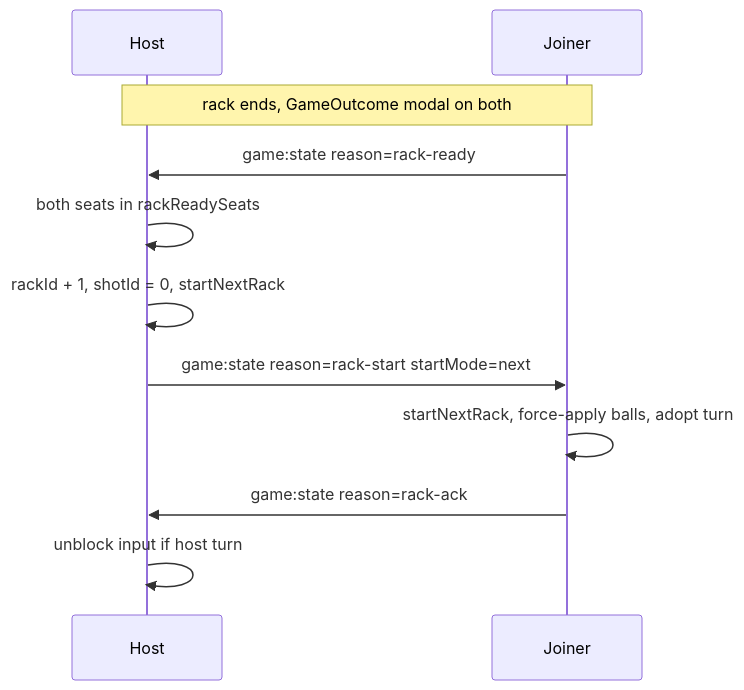
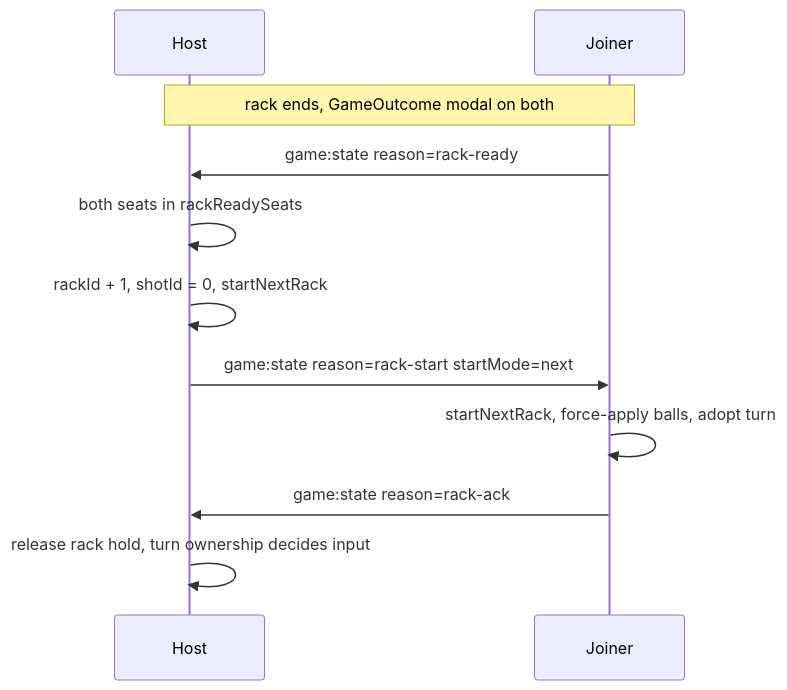
The sixth of 11 diagrams in trainer/multiplayer/sync-flows.mdx (chalkysticks/docs), drawn with Mermaid before and after one commit. The commit also changed other lines of this file and 6 other files, not shown here.

````diff
--- a/trainer/multiplayer/sync-flows.mdx
+++ b/trainer/multiplayer/sync-flows.mdx
@@ -163,13 +163,13 @@
 ```mermaid
 sequenceDiagram
     participant H as Host
     participant J as Joiner
     Note over H,J: rack ends, GameOutcome modal on both
     J->>H: game:state reason=rack-ready
     H->>H: both seats in rackReadySeats
     H->>H: rackId + 1, shotId = 0, startNextRack
     H->>J: game:state reason=rack-start startMode=next
     J->>J: startNextRack, force-apply balls, adopt turn
     J->>H: game:state reason=rack-ack
-    H->>H: unblock input if host turn
+    H->>H: release rack hold, turn ownership decides input
 ```
````
